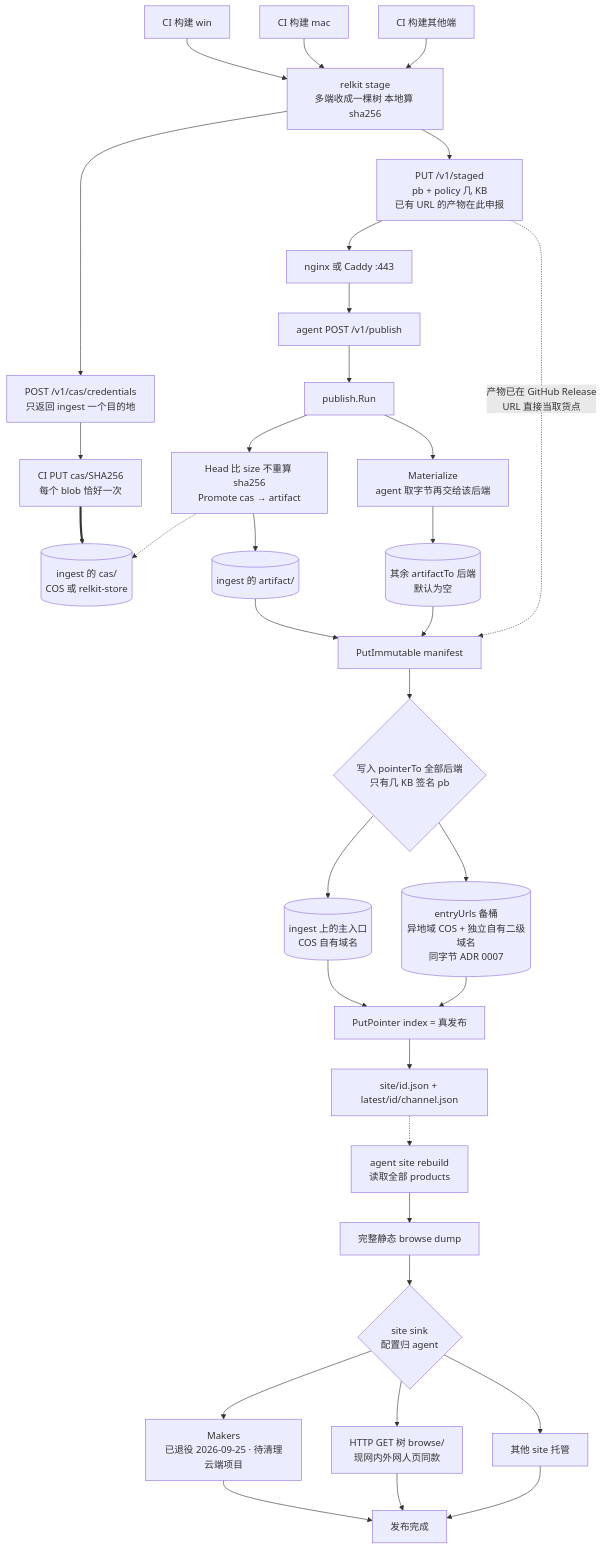
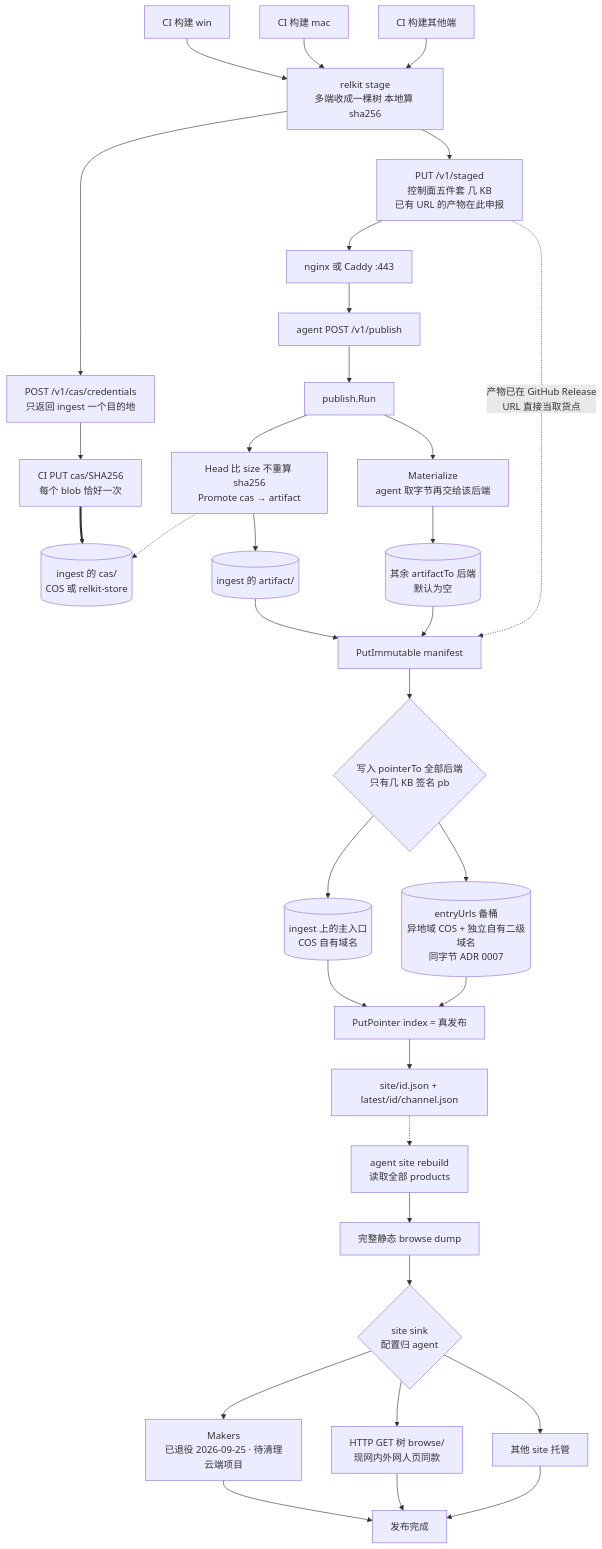
The first of 2 diagrams in docs/design/publish-topology.md (shichao402/relkit), drawn with Mermaid before and after one commit. The commit also changed other lines of this file and 12 other files, not shown here.

````diff
--- a/docs/design/publish-topology.md
+++ b/docs/design/publish-topology.md
@@ -42,46 +42,46 @@
 ```mermaid
 flowchart TB
   win["CI 构建 win"] --> stage
   mac["CI 构建 mac"] --> stage
   apk["CI 构建其他端"] --> stage
   stage["relkit stage<br/>多端收成一棵树 本地算 sha256"]
 
   stage --> tok["POST /v1/cas/credentials<br/>只返回 ingest 一个目的地"]
   tok --> casPut["CI PUT cas/SHA256<br/>每个 blob 恰好一次"]
-  stage --> stagedMeta["PUT /v1/staged<br/>pb + policy 几 KB<br/>已有 URL 的产物在此申报"]
+  stage --> stagedMeta["PUT /v1/staged<br/>控制面五件套 几 KB<br/>已有 URL 的产物在此申报"]
 
   casPut ==> ingestCas[("ingest 的 cas/<br/>COS 或 relkit-store")]
   stagedMeta --> ngx["nginx 或 Caddy :443"]
   ngx --> postPub["agent POST /v1/publish"]
   postPub --> run["publish.Run"]
 
   run --> promote["Head 比 size 不重算 sha256<br/>Promote cas → artifact"]
   promote -.-> ingestCas
   promote --> artIngest[("ingest 的 artifact/")]
   run --> mat["Materialize<br/>agent 取字节再交给该后端"]
   mat --> artOther[("其余 artifactTo 后端<br/>默认为空")]
 
   artIngest --> man["PutImmutable manifest"]
   artOther --> man
   stagedMeta -.->|"产物已在 GitHub Release<br/>URL 直接当取货点"| man
 
   man --> ptrFan{"写入 pointerTo 全部后端<br/>只有几 KB 签名 pb"}
   ptrFan --> pIngest[("ingest 上的主入口<br/>COS 自有域名")]
   ptrFan --> pMirror[("entryUrls 备桶<br/>异地域 COS + 独立自有二级域名<br/>同字节 ADR 0007")]
 
   pIngest --> idx["PutPointer index = 真发布"]
   pMirror --> idx
   idx --> meta["site/id.json + latest/id/channel.json"]
   meta -.-> rebuild["agent site rebuild<br/>读取全部 products"]
   rebuild --> dump["完整静态 browse dump"]
 
   dump --> sink{"site sink<br/>配置归 agent"}
 
   sink --> makers["Makers<br/>已退役 2026-09-25 · 待清理云端项目"]
   sink --> tree["HTTP GET 树 browse/<br/>现网内外网人页同款"]
   sink --> other["其他 site 托管"]
 
   makers --> done["发布完成"]
   tree --> done
   other --> done
 ```
````
